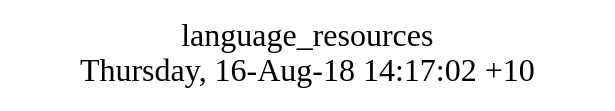
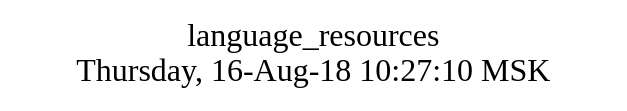
Before and after one commit to AplaProject/apps: the diagram in src/language_resources/struct.dot, drawn with Graphviz. The commit also changed 17 other files, not shown here.

```diff
--- a/src/language_resources/struct.dot
+++ b/src/language_resources/struct.dot
@@ -1,8 +1,10 @@
 digraph G {
-fontsize="24";
-label="language_resources\nThursday, 16-Aug-18 14:17:02 +10";
-nojustify=true;
-ordering=out;
-rankdir=LR;
-size="30";
+graph [
+  fontsize="24";
+  label="language_resources\nThursday, 16-Aug-18 10:27:10 MSK";
+  nojustify=true;
+  ordering=out;
+  rankdir=LR;
+  size="30";
+];
 }
```
